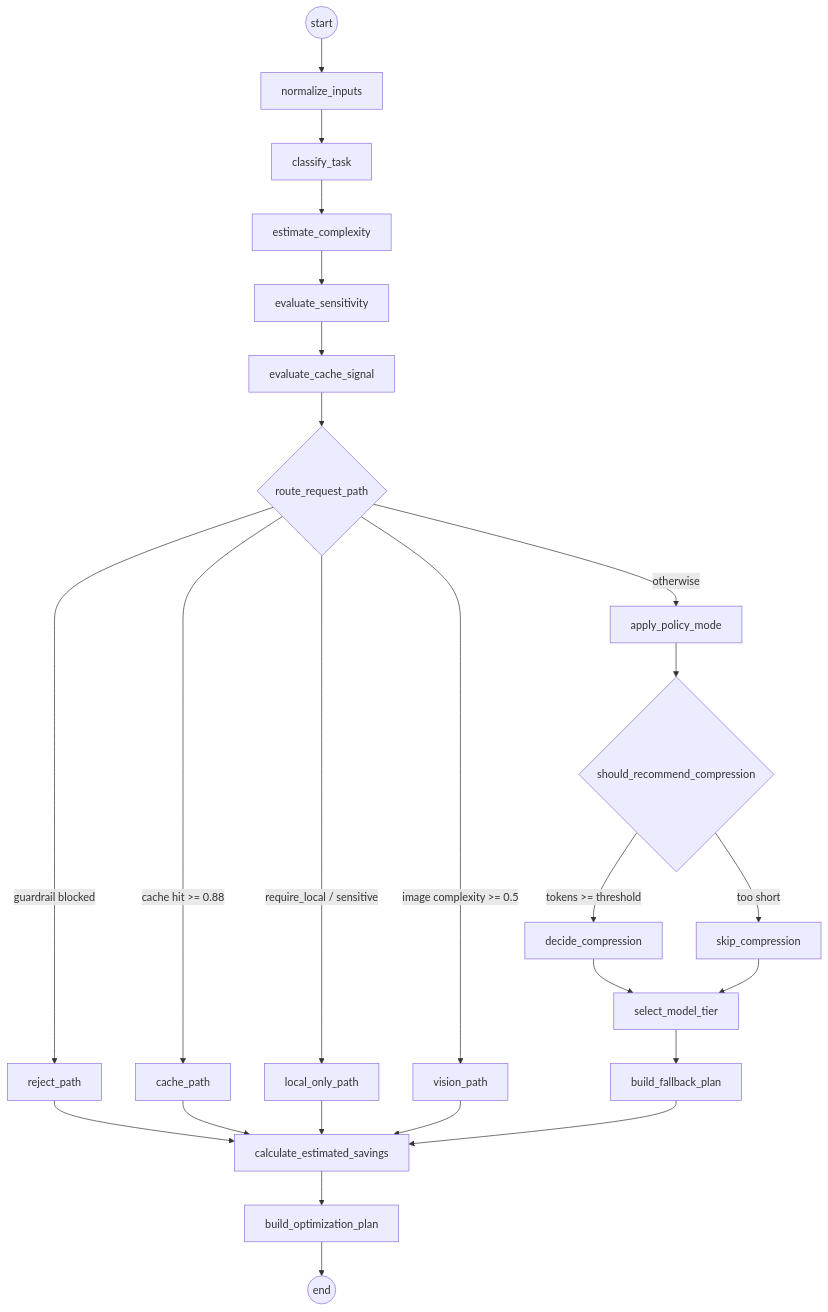
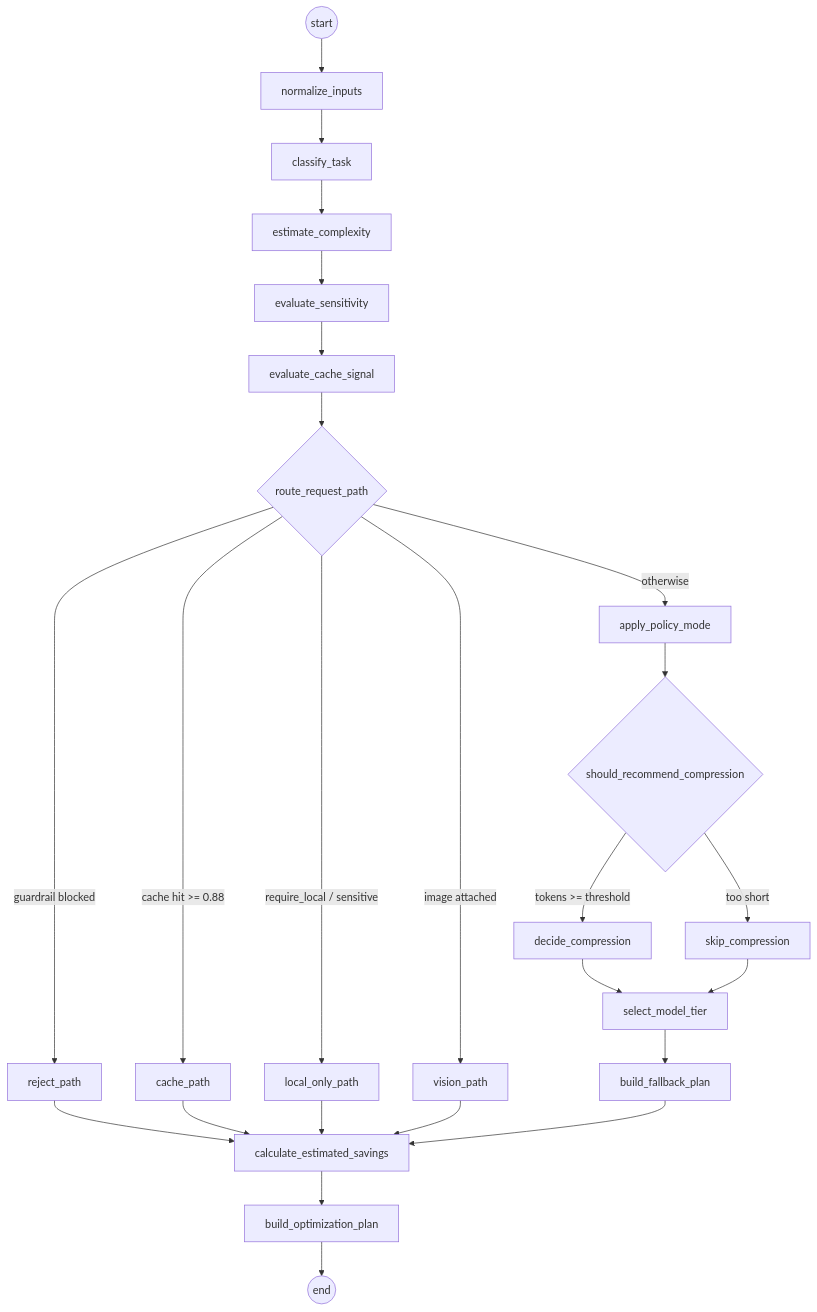
The third of 5 diagrams in docs/architecture.md (tomeryoel/tokenwise), drawn with Mermaid before and after one commit. The commit also changed other lines of this file and 12 other files, not shown here.

````diff
--- a/docs/architecture.md
+++ b/docs/architecture.md
@@ -105,30 +111,30 @@
 ```mermaid
 flowchart TB
     START((start)) --> N1[normalize_inputs]
     N1 --> N2[classify_task]
     N2 --> N3[estimate_complexity]
     N3 --> N4[evaluate_sensitivity]
     N4 --> N5[evaluate_cache_signal]
     N5 --> R{route_request_path}
 
     R -->|guardrail blocked| RJ[reject_path]
     R -->|cache hit >= 0.88| CA[cache_path]
+    R -->|image attached| VI[vision_path]
     R -->|require_local / sensitive| LO[local_only_path]
-    R -->|image complexity >= 0.5| VI[vision_path]
     R -->|otherwise| PM[apply_policy_mode]
 
     PM --> C{should_recommend_compression}
     C -->|tokens >= threshold| DC[decide_compression]
     C -->|too short| SC[skip_compression]
     DC --> ST[select_model_tier]
     SC --> ST
     ST --> FB[build_fallback_plan]
 
     RJ --> CS[calculate_estimated_savings]
     CA --> CS
     LO --> CS
     VI --> CS
     FB --> CS
     CS --> BP[build_optimization_plan]
     BP --> E((end))
 ```
````
